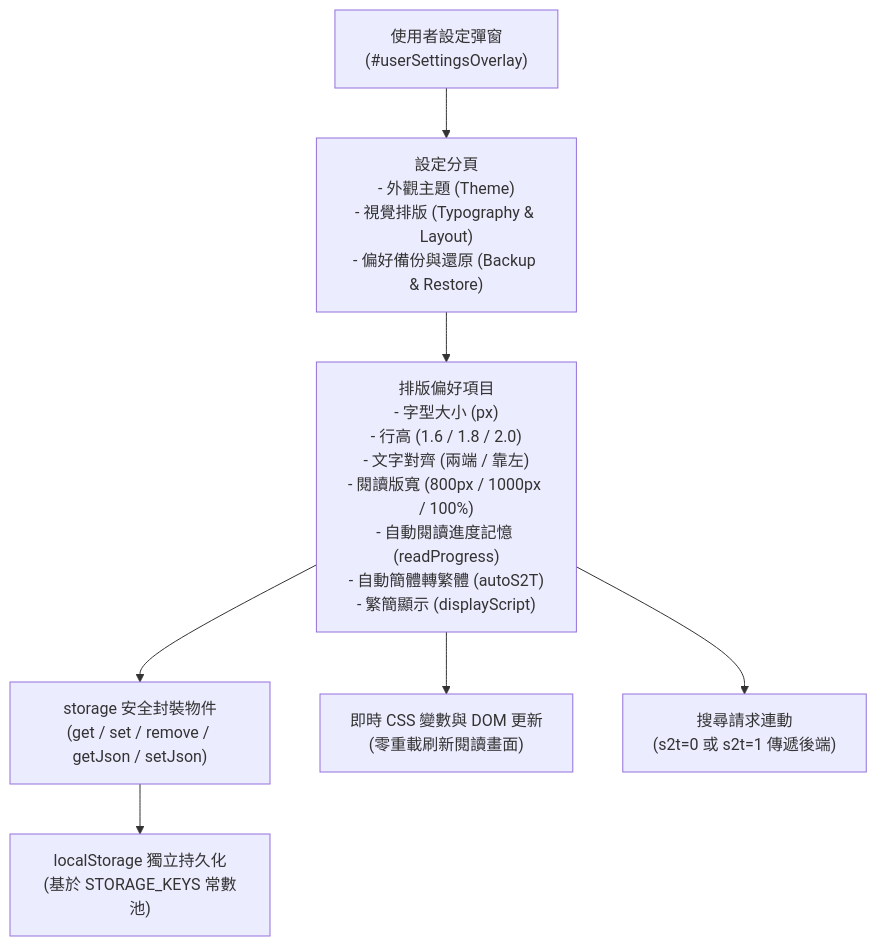
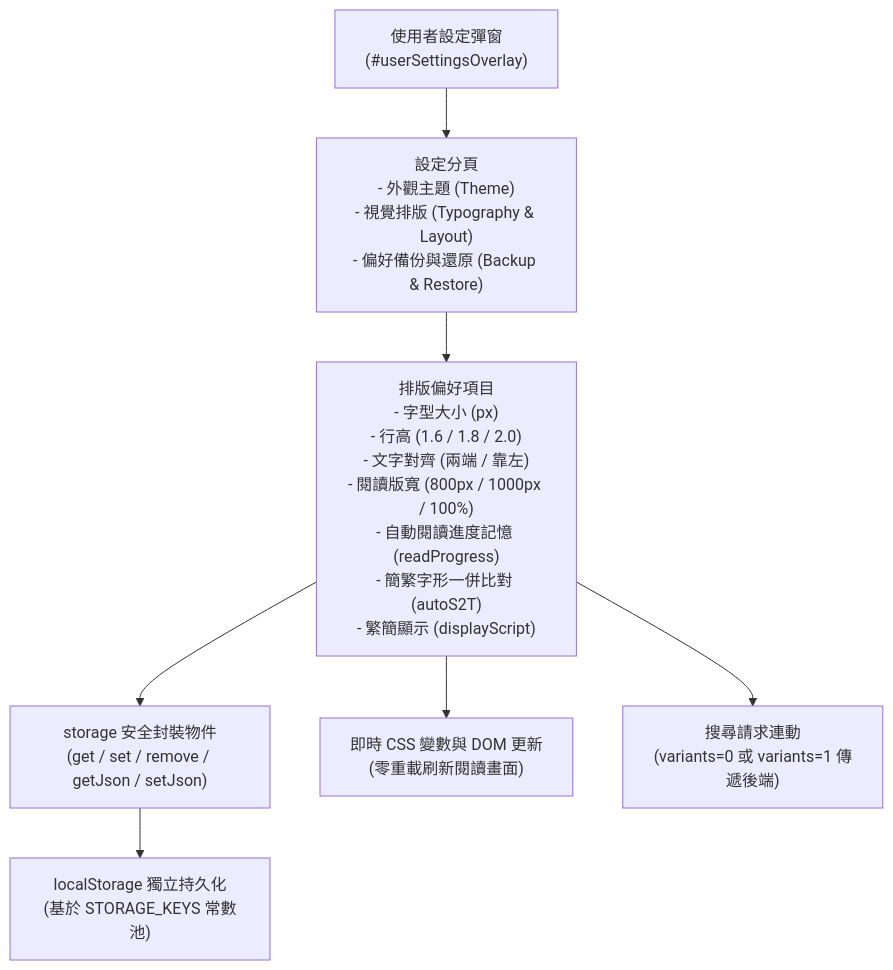
Before and after one commit to jmedzen/mdWebview: the tenth of 12 diagrams in ARCHITECTURE.md, drawn with Mermaid. The commit also changed other lines of this file and 26 other files, not shown here.

````diff
--- a/ARCHITECTURE.md
+++ b/ARCHITECTURE.md
@@ -449,9 +489,9 @@
 ```mermaid
 flowchart TD
     PrefUI["使用者設定彈窗\n(#userSettingsOverlay)"] --> Tabs["設定分頁\n- 外觀主題 (Theme)\n- 視覺排版 (Typography & Layout)\n- 偏好備份與還原 (Backup & Restore)"]
-    Tabs --> Settings["排版偏好項目\n- 字型大小 (px)\n- 行高 (1.6 / 1.8 / 2.0)\n- 文字對齊 (兩端 / 靠左)\n- 閱讀版寬 (800px / 1000px / 100%)\n- 自動閱讀進度記憶 (readProgress)\n- 自動簡體轉繁體 (autoS2T)\n- 繁簡顯示 (displayScript)"]
+    Tabs --> Settings["排版偏好項目\n- 字型大小 (px)\n- 行高 (1.6 / 1.8 / 2.0)\n- 文字對齊 (兩端 / 靠左)\n- 閱讀版寬 (800px / 1000px / 100%)\n- 自動閱讀進度記憶 (readProgress)\n- 簡繁字形一併比對 (autoS2T)\n- 繁簡顯示 (displayScript)"]
     Settings --> StorageAPI["storage 安全封裝物件\n(get / set / remove / getJson / setJson)"]
     StorageAPI --> LocalStorage["localStorage 獨立持久化\n(基於 STORAGE_KEYS 常數池)"]
     Settings --> LiveApply["即時 CSS 變數與 DOM 更新\n(零重載刷新閱讀畫面)"]
-    Settings --> S2TSearch["搜尋請求連動\n(s2t=0 或 s2t=1 傳遞後端)"]
+    Settings --> S2TSearch["搜尋請求連動\n(variants=0 或 variants=1 傳遞後端)"]
 ```
````
